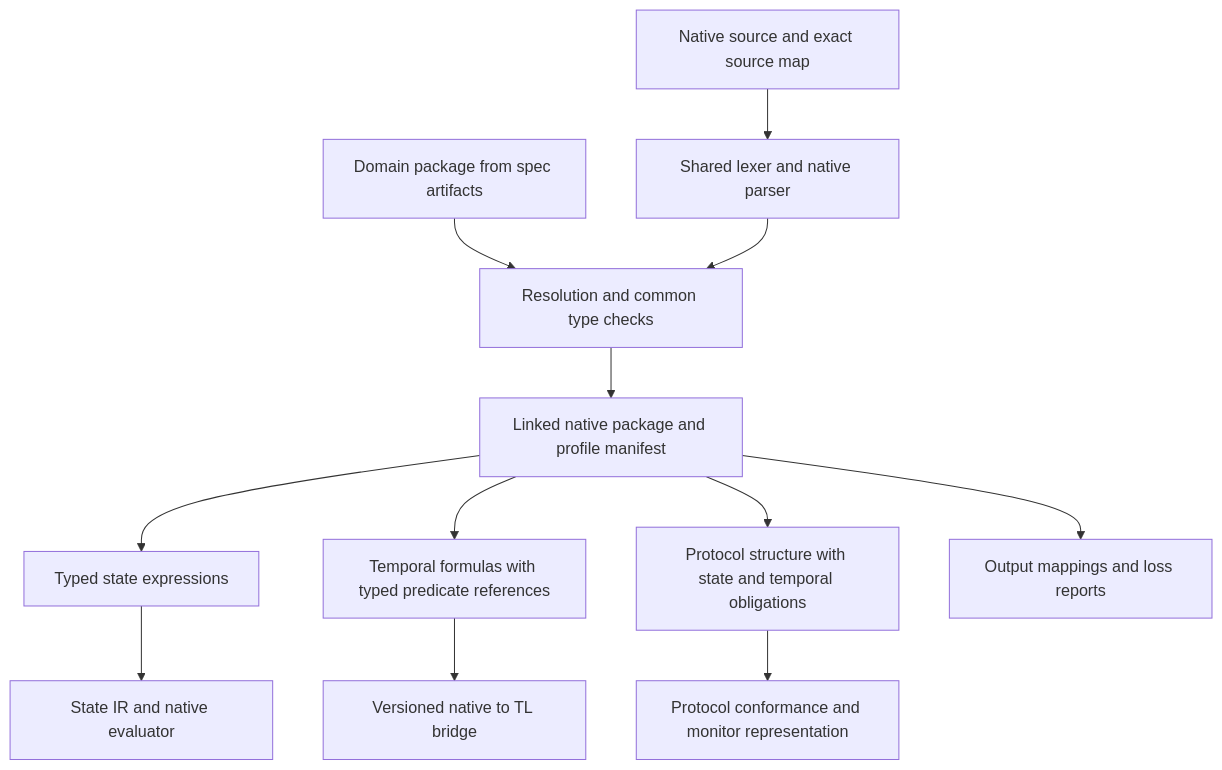
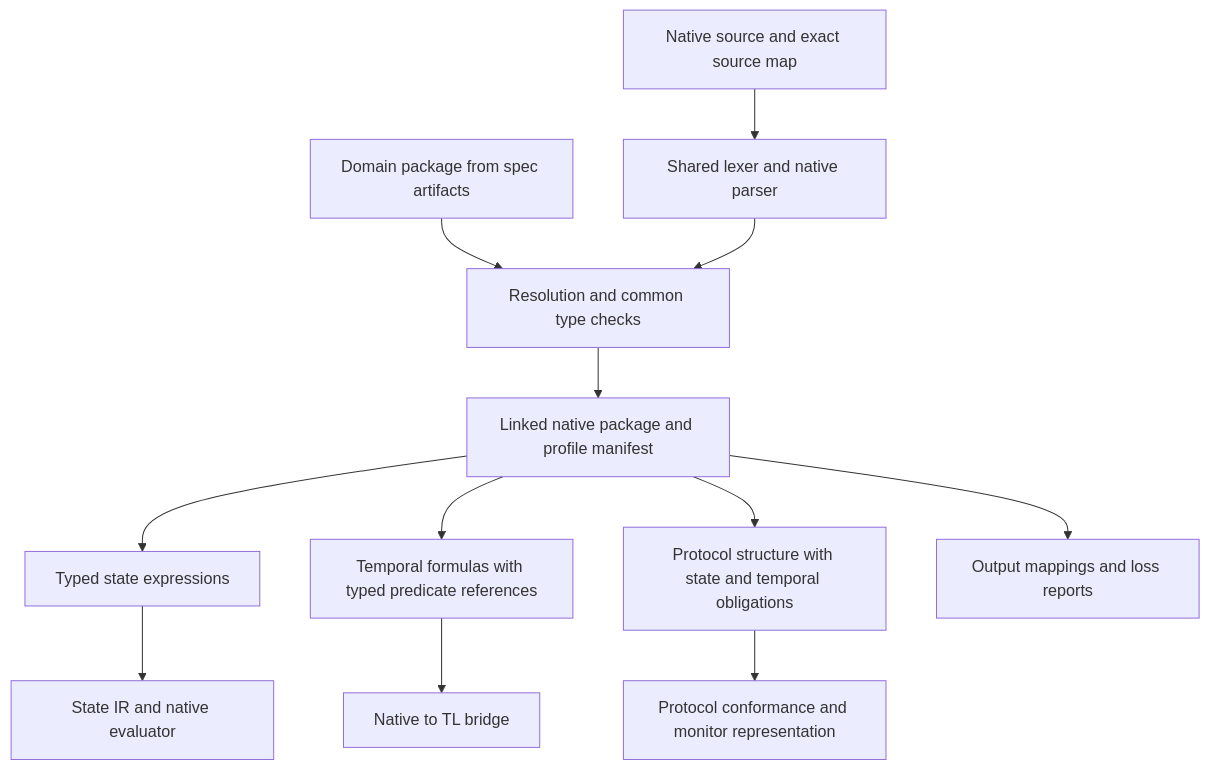
One commit to agent-ix/quire-specification changed the diagram in spec/assurance/AD-001-composed-native-language.md. Above: the diagram before and after it, drawn with Mermaid. The commit also changed other lines of this file and 15 other files, not shown here.

````diff
--- a/spec/assurance/AD-001-composed-native-language.md
+++ b/spec/assurance/AD-001-composed-native-language.md
@@ -66,14 +66,14 @@
 ```mermaid
 flowchart TD
     S[Native source and exact source map] --> P[Shared lexer and native parser]
     M[Domain package from spec artifacts] --> L[Resolution and common type checks]
     P --> L
     L --> N[Linked native package and profile manifest]
     N --> ST[Typed state expressions]
     N --> TT[Temporal formulas with typed predicate references]
     N --> PT[Protocol structure with state and temporal obligations]
     ST --> IR[State IR and native evaluator]
-    TT --> TL[Versioned native to TL bridge]
+    TT --> TL[Native to TL bridge]
     PT --> PR[Protocol conformance and monitor representation]
     N --> EX[Output mappings and loss reports]
 ```
````
